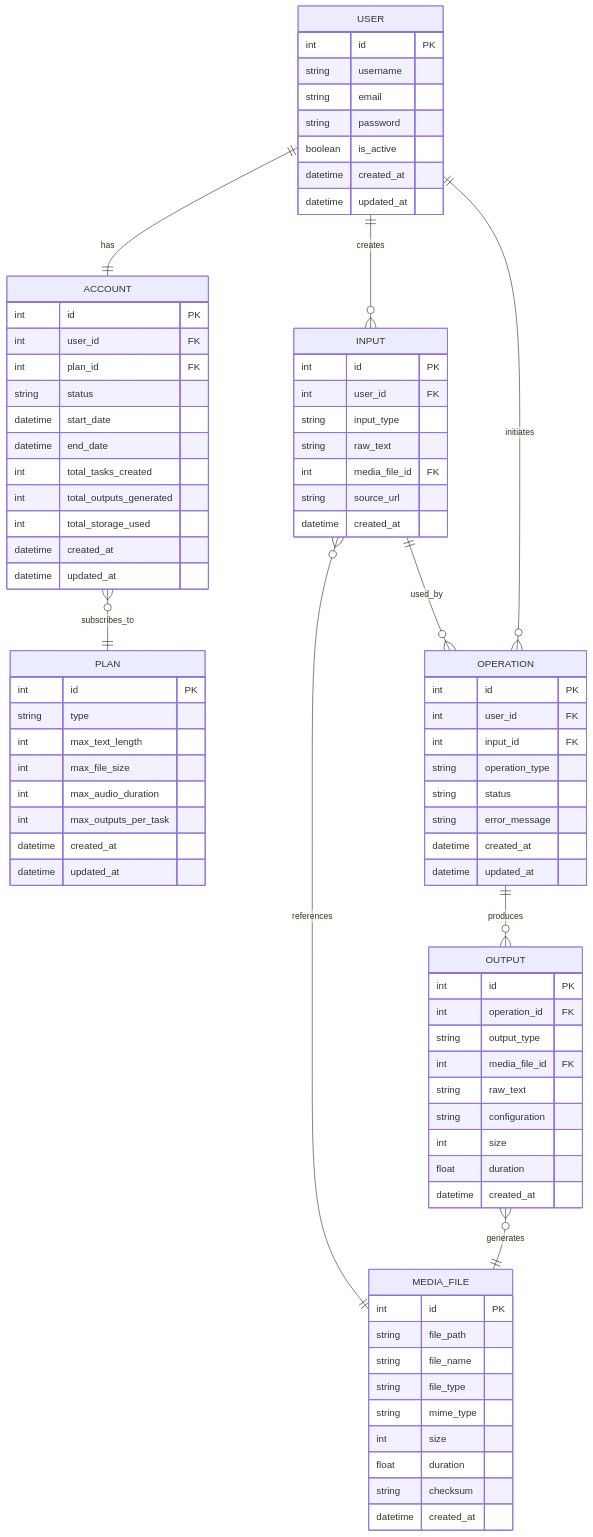
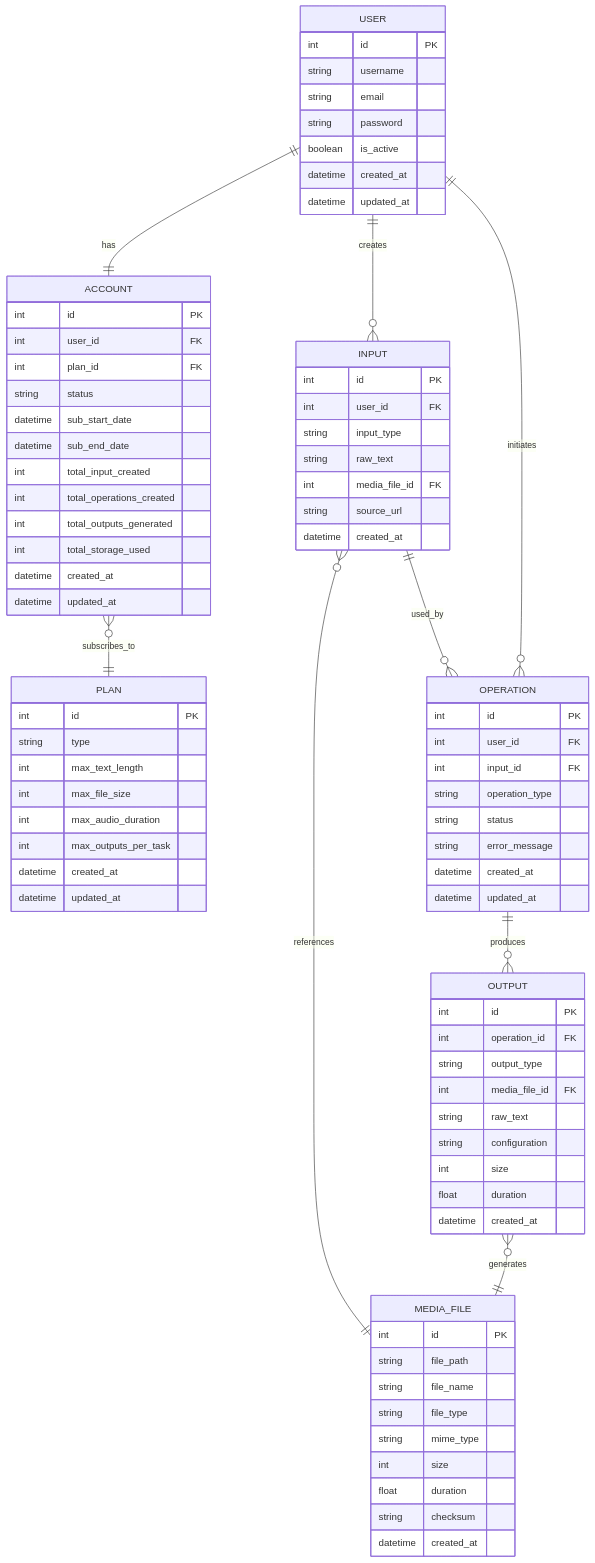
One commit to NelMatrix743/text-speaker-io changed the diagram in ERD.md. Above: the diagram before and after it, drawn with Mermaid.

Commit message:
feat: update account entity to track total input and operations

```diff
--- a/ERD.md
+++ b/ERD.md
@@ -27,9 +27,10 @@
         int user_id FK
         int plan_id FK
         string status
-        datetime start_date
-        datetime end_date
-        int total_tasks_created
+        datetime sub_start_date
+        datetime sub_end_date
+        int total_input_created
+        int total_operations_created
         int total_outputs_generated
         int total_storage_used
         datetime created_at
```
